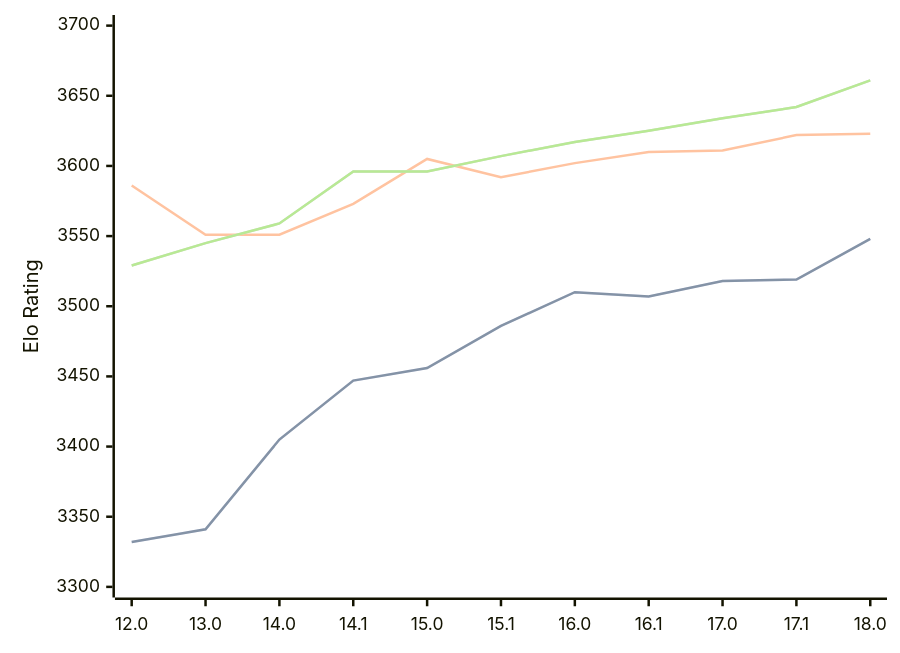
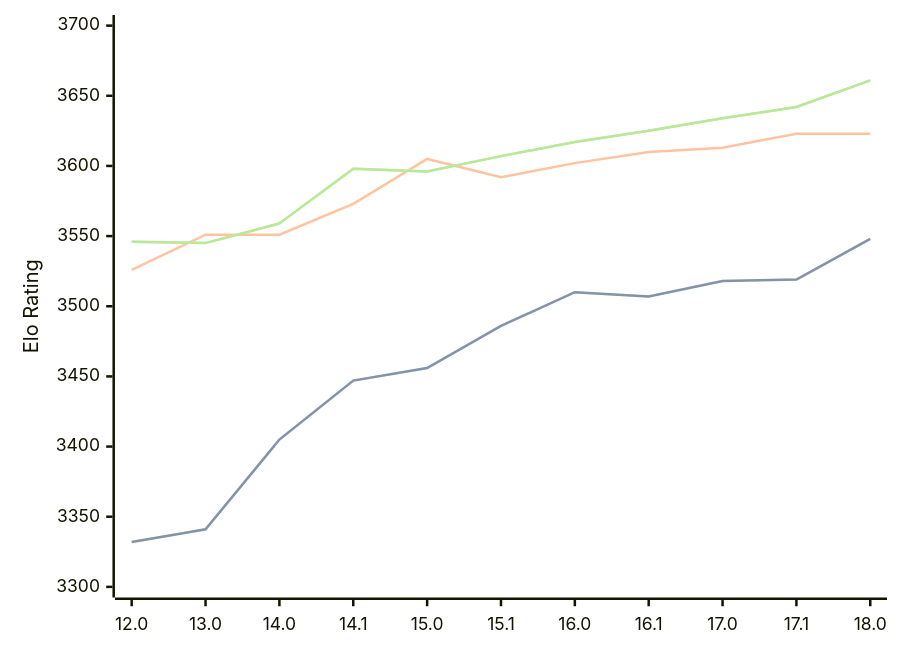
Before and after one commit to computer-chess-index/cci: the diagram in engines/Stockfish.md, drawn with Mermaid. The commit also changed other lines of this file, not shown here.

Commit message:
Update CCI Ratings (ELO VLTC) - 2026-02-17

````diff
--- a/engines/Stockfish.md
+++ b/engines/Stockfish.md
@@ -42,11 +42,11 @@
 ```mermaid
 %%{init: {"theme":"base","themeVariables":{"seriesColors:['#a3a3a3','#222221','#faa371']}}}%%
 xychart-beta
   x-axis ["12.0", "13.0", "14.0", "14.1", "15.0", "15.1", "16.0", "16.1", "17.0", "17.1", "18.0"]
   y-axis "Elo Rating" 3300 --> 3700
   line "STC (8.0+0.08s)" [3332, 3341, 3405, 3447, 3456, 3486, 3510, 3507, 3518, 3519, 3548]
   line "STC (8.0+0.08s)" [3332, 3341, 3405, 3447, 3456, 3486, 3510, 3507, 3518, 3519, 3548]
-  line "LTC (60.0+0.60s)" [3586, 3551, 3551, 3573, 3605, 3592, 3602, 3610, 3611, 3622, 3623]
-  line "VLTC (2m24s+1.12s)" [3529, 3545, 3559, 3596, 3596, 3607, 3617, 3625, 3634, 3642, 3661]
-  line "VLTC (2m24s+1.12s)" [3529, 3545, 3559, 3596, 3596, 3607, 3617, 3625, 3634, 3642, 3661]
+  line "LTC (60.0+0.60s)" [3526, 3551, 3551, 3573, 3605, 3592, 3602, 3610, 3613, 3623, 3623]
+  line "VLTC (2m24s+1.12s)" [3546, 3545, 3559, 3598, 3596, 3607, 3617, 3625, 3634, 3642, 3661]
+  line "VLTC (2m24s+1.12s)" [3546, 3545, 3559, 3598, 3596, 3607, 3617, 3625, 3634, 3642, 3661]
 ```
````
